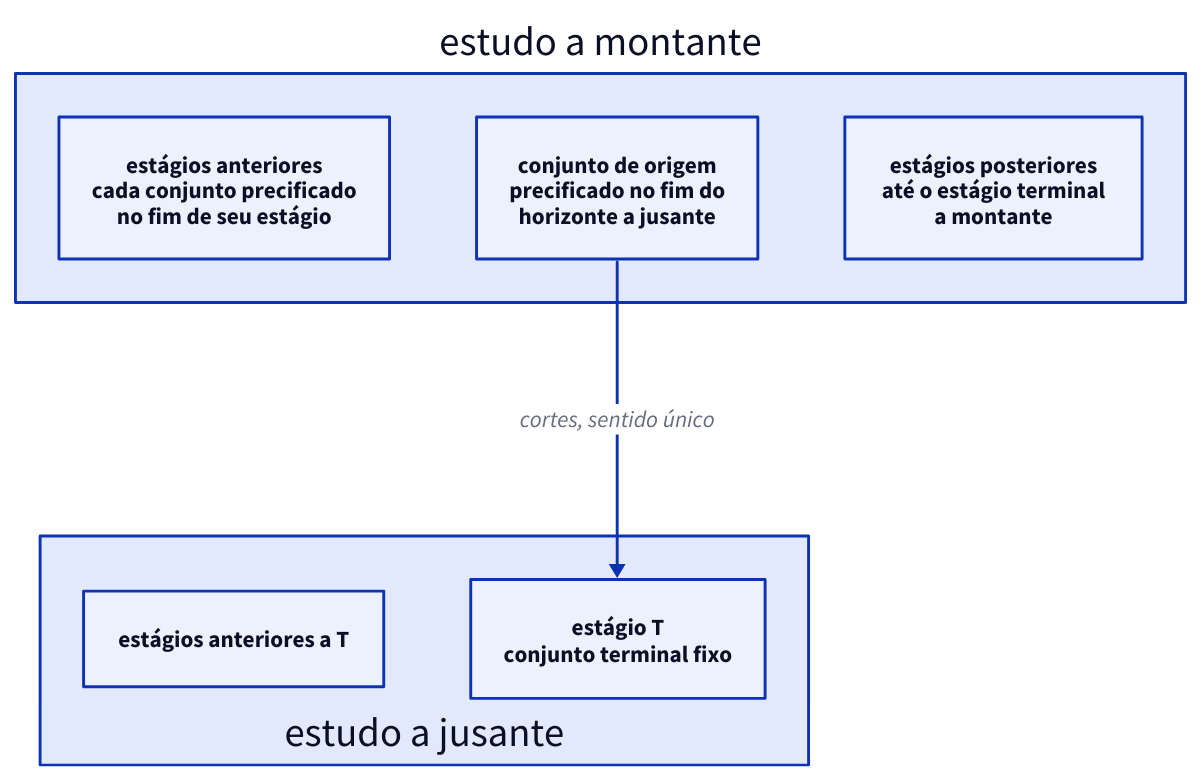
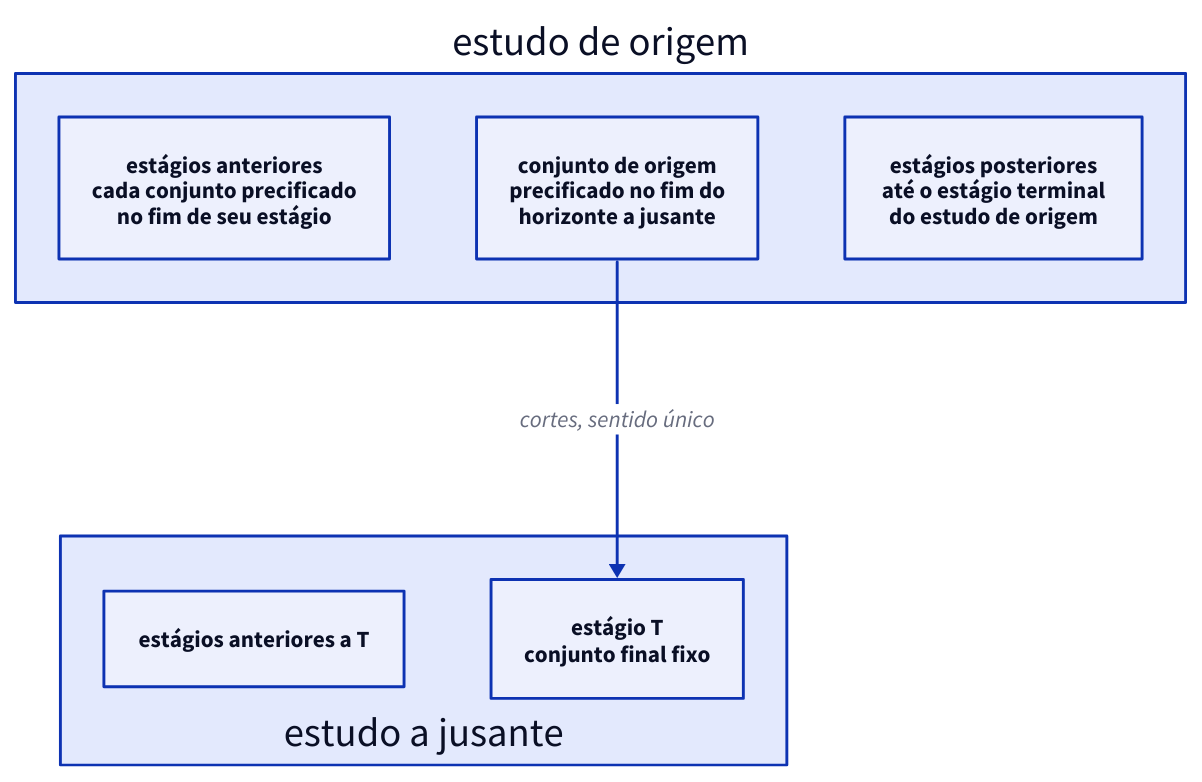
The third of 3 diagrams in src/content/docs/pt-br/math/post-study-boundary.md (ons-ccee-epe/novomodelo-docs), drawn with D2 before and after one commit. The commit also changed other lines of this file and 71 other files, not shown here.

````diff
--- a/src/content/docs/pt-br/math/post-study-boundary.md
+++ b/src/content/docs/pt-br/math/post-study-boundary.md
@@ -269,17 +269,17 @@
 ```d2
 direction: down
 
-upstream: "estudo a montante" {
+upstream: "estudo de origem" {
   early: "estágios anteriores\ncada conjunto precificado\nno fim de seu estágio"
   source: "conjunto de origem\nprecificado no fim do\nhorizonte a jusante"
-  later: "estágios posteriores\naté o estágio terminal\na montante"
+  later: "estágios posteriores\naté o estágio terminal\ndo estudo de origem"
 }
 
 downstream: "estudo a jusante" {
   label.near: bottom-center
   before: "estágios anteriores a T"
-  last: "estágio T\nconjunto terminal fixo"
+  last: "estágio T\nconjunto final fixo"
 }
 
 upstream.source -> downstream.last: "cortes, sentido único"
 ```
````
